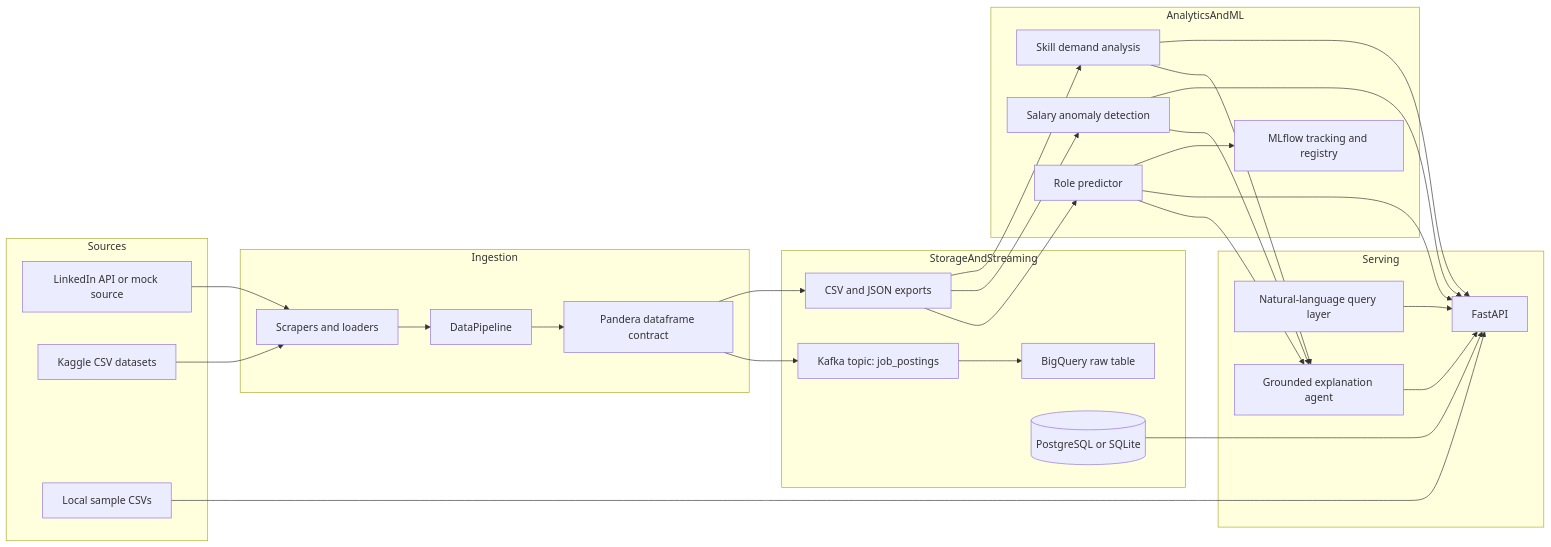
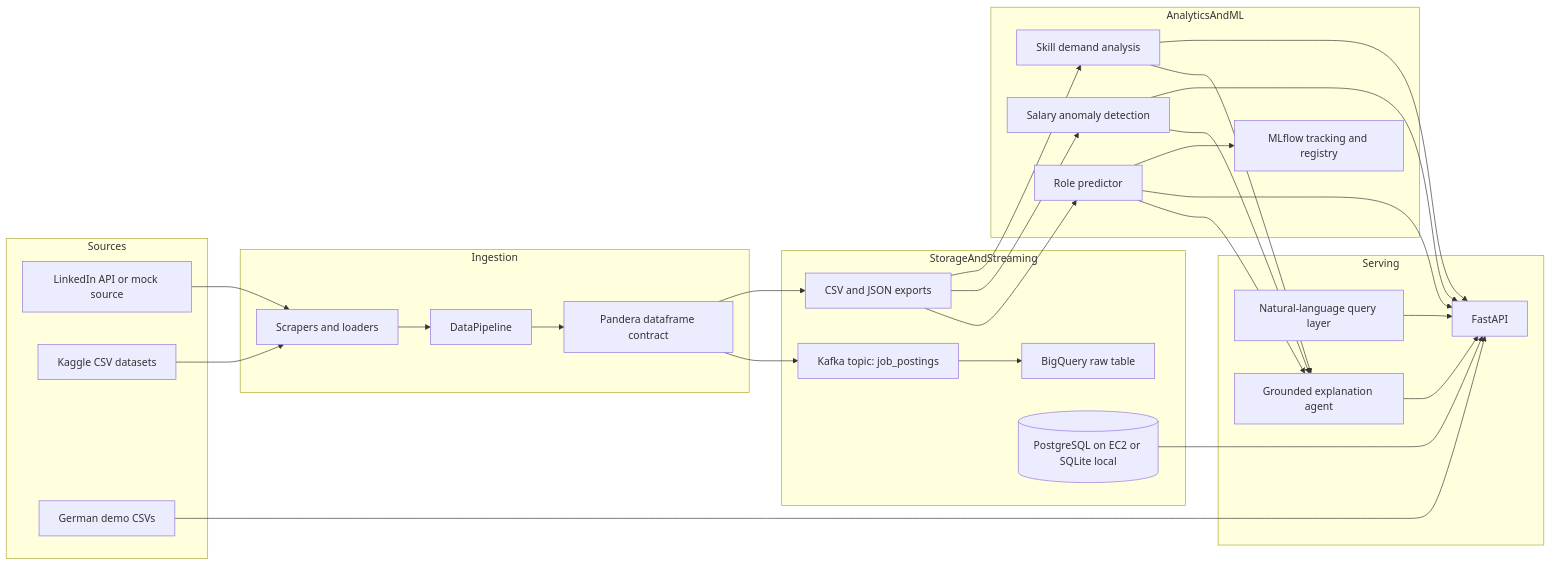
Before and after one commit to ismail7CAa/job-market-intellegence-platform: the diagram in README.md, drawn with Mermaid. The commit also changed other lines of this file and 6 other files, not shown here.

````diff
--- a/README.md
+++ b/README.md
@@ -16,53 +17,53 @@
 ```mermaid
 flowchart LR
     subgraph Sources
         LI[LinkedIn API or mock source]
         KG[Kaggle CSV datasets]
-        CSV[Local sample CSVs]
+        CSV[German demo CSVs]
     end
 
     subgraph Ingestion
         SCR[Scrapers and loaders]
         PIPE[DataPipeline]
         SCHEMA[Pandera dataframe contract]
     end
 
     subgraph StorageAndStreaming
         FILES[CSV and JSON exports]
         KAFKA[Kafka topic: job_postings]
         BQ[BigQuery raw table]
-        DB[(PostgreSQL or SQLite)]
+        DB[(PostgreSQL on EC2 or SQLite local)]
     end
 
     subgraph AnalyticsAndML
         SKILL[Skill demand analysis]
         SALARY[Salary anomaly detection]
         ROLE[Role predictor]
         MLFLOW[MLflow tracking and registry]
     end
 
     subgraph Serving
         API[FastAPI]
         NLP[Natural-language query layer]
         AGENT[Grounded explanation agent]
     end
 
     LI --> SCR
     KG --> SCR
     CSV --> API
     SCR --> PIPE --> SCHEMA
     SCHEMA --> FILES
     SCHEMA --> KAFKA --> BQ
     DB --> API
     FILES --> SKILL
     FILES --> SALARY
     FILES --> ROLE --> MLFLOW
     SKILL --> API
     SALARY --> API
     ROLE --> API
     SKILL --> AGENT
     SALARY --> AGENT
     ROLE --> AGENT
     NLP --> API
     AGENT --> API
 ```
````
